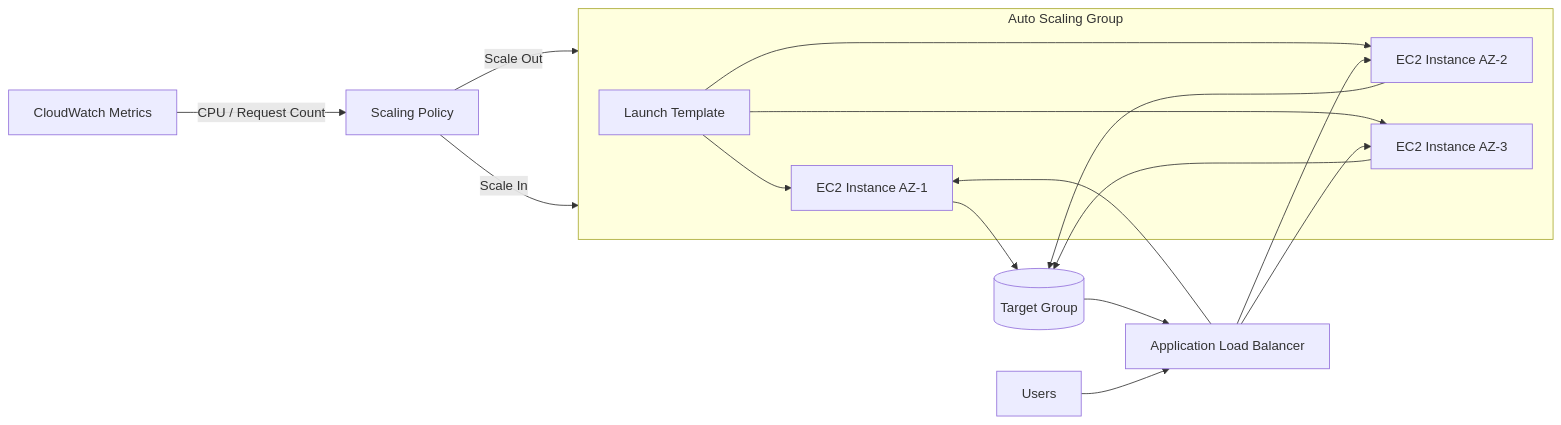
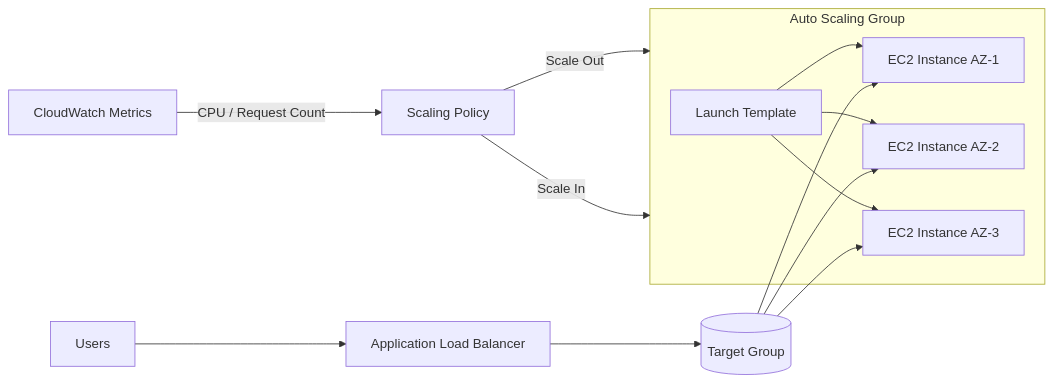
Before and after one commit to AlexanderBesss/AWS_best_praactices: the second of 2 diagrams in Core-Services/EC2-Best-Practices.md, drawn with Mermaid. The commit also changed other lines of this file and 31 other files, not shown here.

````diff
--- a/Core-Services/EC2-Best-Practices.md
+++ b/Core-Services/EC2-Best-Practices.md
@@ -183,19 +180,16 @@
 ```mermaid
 flowchart LR
     subgraph ASG["Auto Scaling Group"]
         LT[Launch Template] --> SG1[EC2 Instance AZ-1]
         LT --> SG2[EC2 Instance AZ-2]
         LT --> SG3[EC2 Instance AZ-3]
     end
-    ALB[Application Load Balancer] --> SG1
-    ALB --> SG2
-    ALB --> SG3
+    ALB[Application Load Balancer] --> TG[(Target Group)]
+    TG --> SG1
+    TG --> SG2
+    TG --> SG3
     CW[CloudWatch Metrics] -->|CPU / Request Count| SP[Scaling Policy]
     SP -->|Scale Out| ASG
     SP -->|Scale In| ASG
-    TG[(Target Group)] --> ALB
-    SG1 --> TG
-    SG2 --> TG
-    SG3 --> TG
     Client[Users] --> ALB
 ```
````
